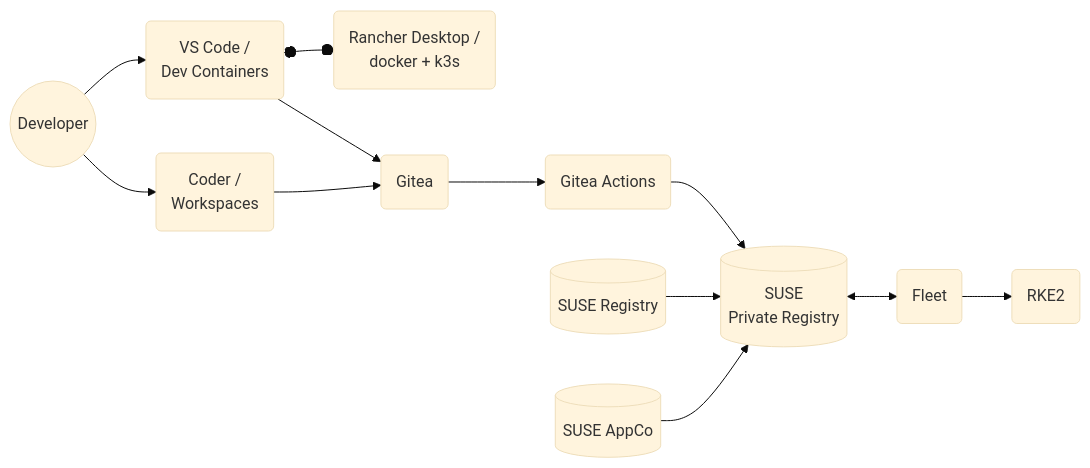
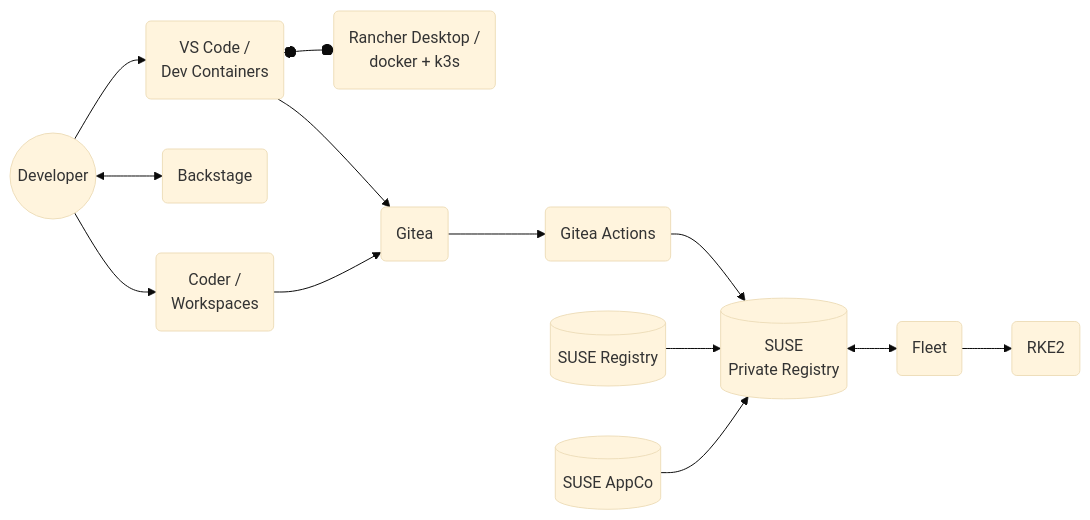
The first of 4 diagrams in docs/docs/intro.md (rancher/devx-designs), drawn with Mermaid (base theme) before and after one commit.

Commit message:
Add Backstage to diagram.

````diff
--- a/docs/docs/intro.md
+++ b/docs/docs/intro.md
@@ -28,27 +28,28 @@
 ```mermaid
 flowchart LR
     Dev((Developer))
     --> VSC("VS Code /
     Dev Containers") 
     o--o RD("Rancher Desktop / 
             docker + k3s")
+    Dev <--> IDP("Backstage")
     VSC --> GT("Gitea")
         --> GHA(Gitea Actions)
         --> SPR[("SUSE 
         Private Registry")] <--> FLT(Fleet)
         --> RKE2(RKE2)
 
     Dev --> CD("Coder /
     Workspaces") --> GT
 
     %% VSC --> GH("Github")
     %% CD --> GH
     %% GH --> GHA
 
     %% VSC --> GL("Gitlab")
     %% CD --> GL
     %% GL --> GHA
 
     BCI[(SUSE Registry)] --> SPR
     AC[(SUSE AppCo)] --> SPR
 ```
````
